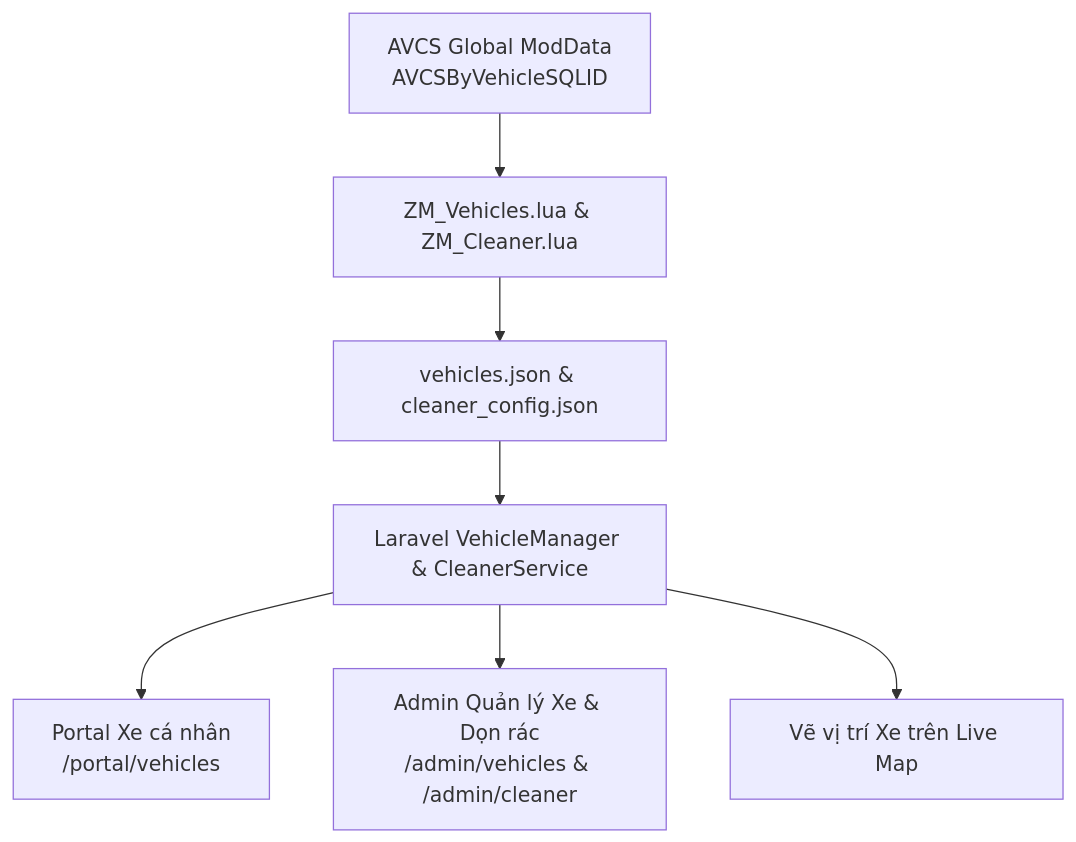
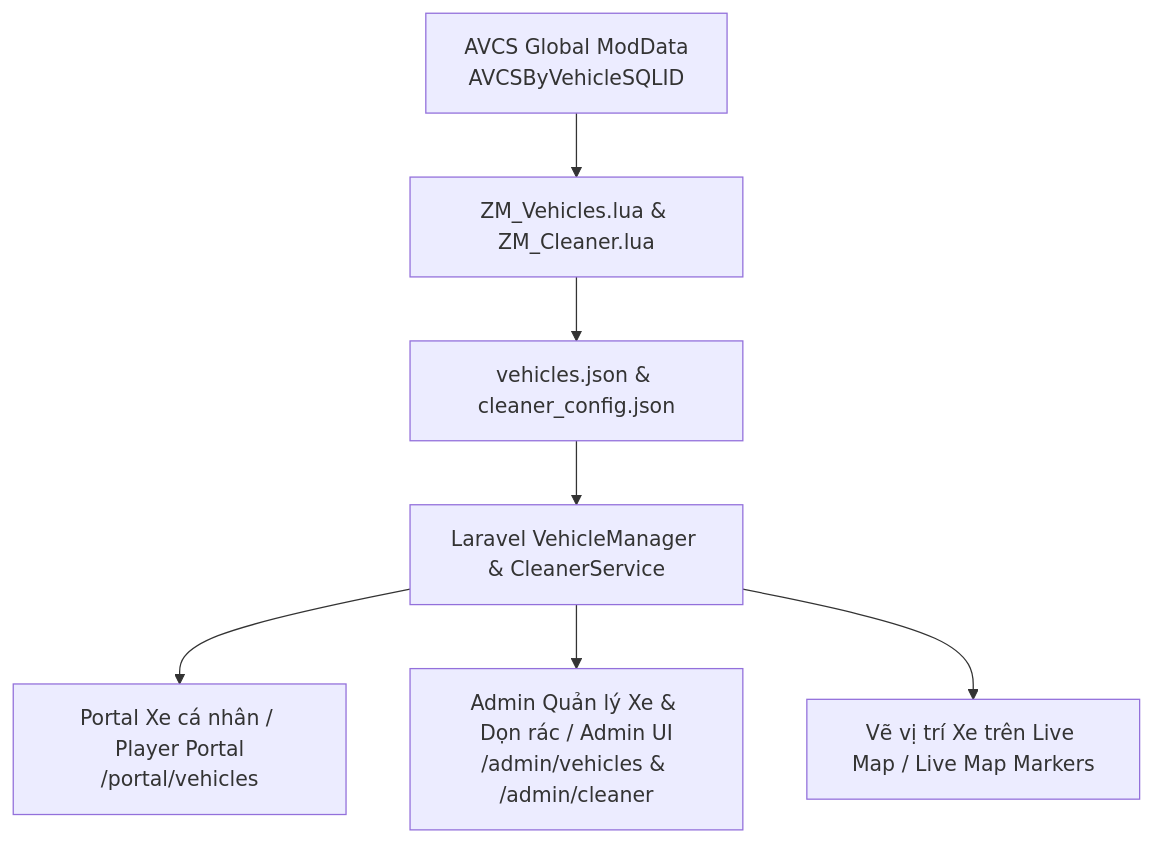
Before and after one commit to nmhung1993/ProjectZomboid_ServerManager_Webapp: the diagram in AVCS_intergration.md, drawn with Mermaid. The commit also changed other lines of this file and 13 other files, not shown here.

````diff
--- a/AVCS_intergration.md
+++ b/AVCS_intergration.md
@@ -14,9 +30,9 @@
 ```mermaid
 graph TD
     AVCS[AVCS Global ModData<br>AVCSByVehicleSQLID] --> LuaBridge[ZM_Vehicles.lua & ZM_Cleaner.lua]
     LuaBridge --> JSON[vehicles.json & cleaner_config.json]
     JSON --> Laravel[Laravel VehicleManager & CleanerService]
-    Laravel --> WebPortal[Portal Xe cá nhân<br>/portal/vehicles]
-    Laravel --> AdminUI[Admin Quản lý Xe & Dọn rác<br>/admin/vehicles & /admin/cleaner]
-    Laravel --> LiveMap[Vẽ vị trí Xe trên Live Map]
+    Laravel --> WebPortal[Portal Xe cá nhân / Player Portal<br>/portal/vehicles]
+    Laravel --> AdminUI[Admin Quản lý Xe & Dọn rác / Admin UI<br>/admin/vehicles & /admin/cleaner]
+    Laravel --> LiveMap[Vẽ vị trí Xe trên Live Map / Live Map Markers]
 ```
````
